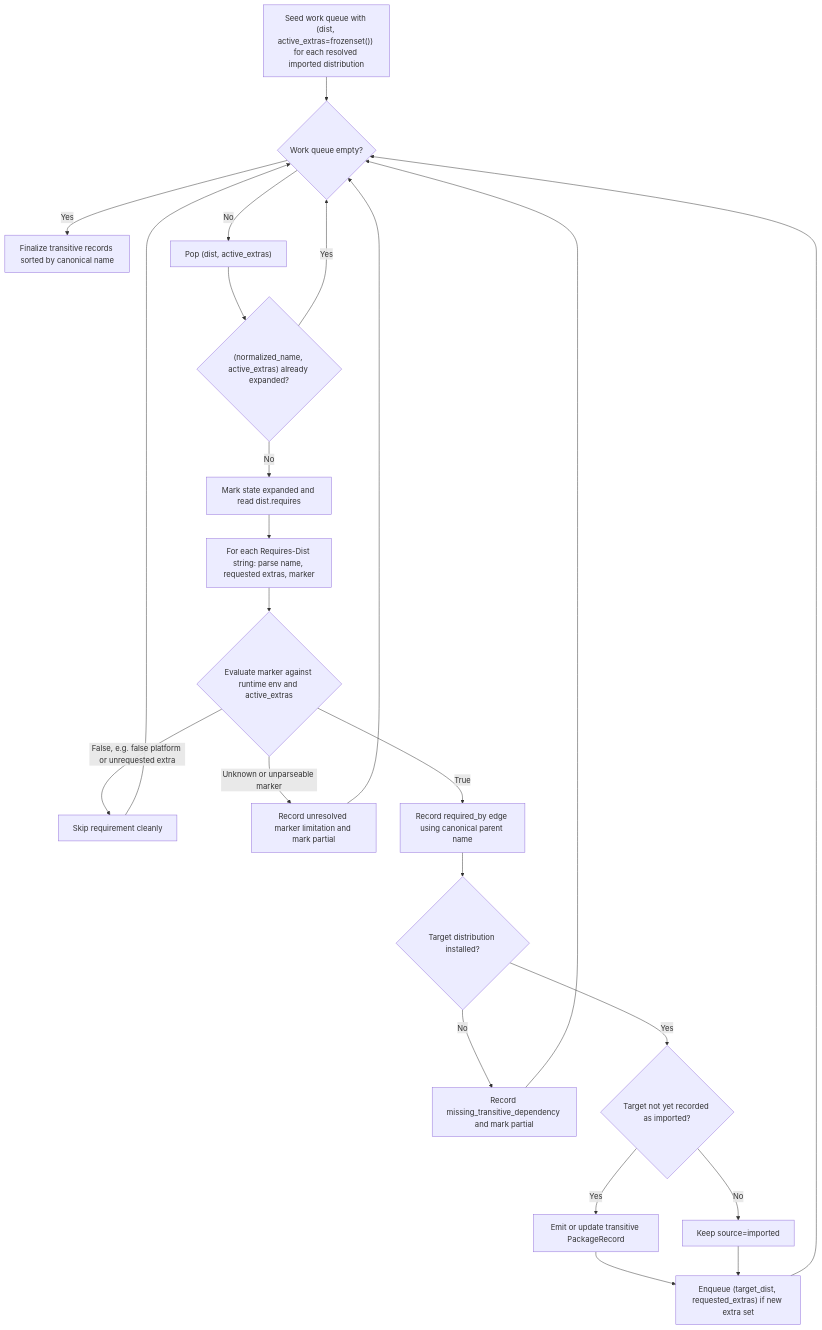
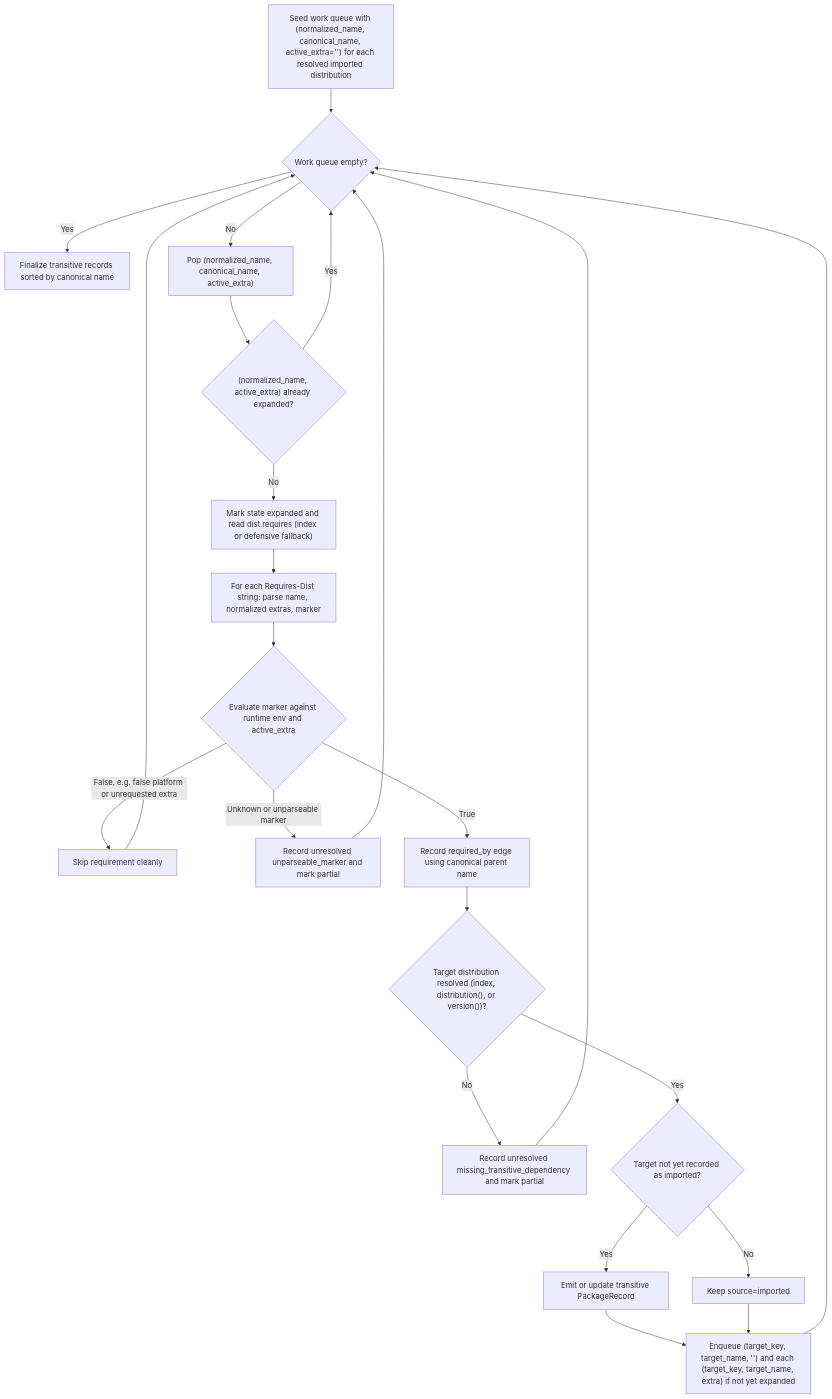
One commit to fariello/pubrun changed the diagram in .aw/records/plans/pending/20261121-dep-capture-02-fdqkrz-recursive-marker-aware-transitive-dependency-resolution.ipd.md. Above: the diagram before and after it, drawn with Mermaid. The commit also changed other lines of this file and 1 other file, not shown here.

````diff
--- a/.aw/records/plans/pending/20261121-dep-capture-02-fdqkrz-recursive-marker-aware-transitive-dependency-resolution.ipd.md
+++ b/.aw/records/plans/pending/20261121-dep-capture-02-fdqkrz-recursive-marker-aware-transitive-dependency-resolution.ipd.md
@@ -36,25 +39,25 @@
 ```mermaid
 flowchart TD
-    A["Seed work queue with (dist, active_extras=frozenset()) for each resolved imported distribution"] --> B{"Work queue empty?"}
+    A["Seed work queue with (normalized_name, canonical_name, active_extra='') for each resolved imported distribution"] --> B{"Work queue empty?"}
     B -->|Yes| Z["Finalize transitive records sorted by canonical name"]
-    B -->|No| C["Pop (dist, active_extras)"]
-    C --> D{"(normalized_name, active_extras) already expanded?"}
+    B -->|No| C["Pop (normalized_name, canonical_name, active_extra)"]
+    C --> D{"(normalized_name, active_extra) already expanded?"}
     D -->|Yes| B
-    D -->|No| E["Mark state expanded and read dist.requires"]
-    E --> F["For each Requires-Dist string: parse name, requested extras, marker"]
-    F --> G{"Evaluate marker against runtime env and active_extras"}
+    D -->|No| E["Mark state expanded and read dist.requires (index or defensive fallback)"]
+    E --> F["For each Requires-Dist string: parse name, normalized extras, marker"]
+    F --> G{"Evaluate marker against runtime env and active_extra"}
     G -->|False, e.g. false platform or unrequested extra| H["Skip requirement cleanly"]
-    G -->|Unknown or unparseable marker| I["Record unresolved marker limitation and mark partial"]
+    G -->|Unknown or unparseable marker| I["Record unresolved unparseable_marker and mark partial"]
     G -->|True| J["Record required_by edge using canonical parent name"]
-    J --> K{"Target distribution installed?"}
-    K -->|No| L["Record missing_transitive_dependency and mark partial"]
+    J --> K{"Target distribution resolved (index, distribution(), or version())?"}
+    K -->|No| L["Record unresolved missing_transitive_dependency and mark partial"]
     K -->|Yes| M{"Target not yet recorded as imported?"}
     M -->|Yes| N["Emit or update transitive PackageRecord"]
     M -->|No| O["Keep source=imported"]
-    N --> P["Enqueue (target_dist, requested_extras) if new extra set"]
+    N --> P["Enqueue (target_key, target_name, '') and each (target_key, target_name, extra) if not yet expanded"]
     O --> P
     H --> B
     I --> B
     L --> B
     P --> B
 ```
````
